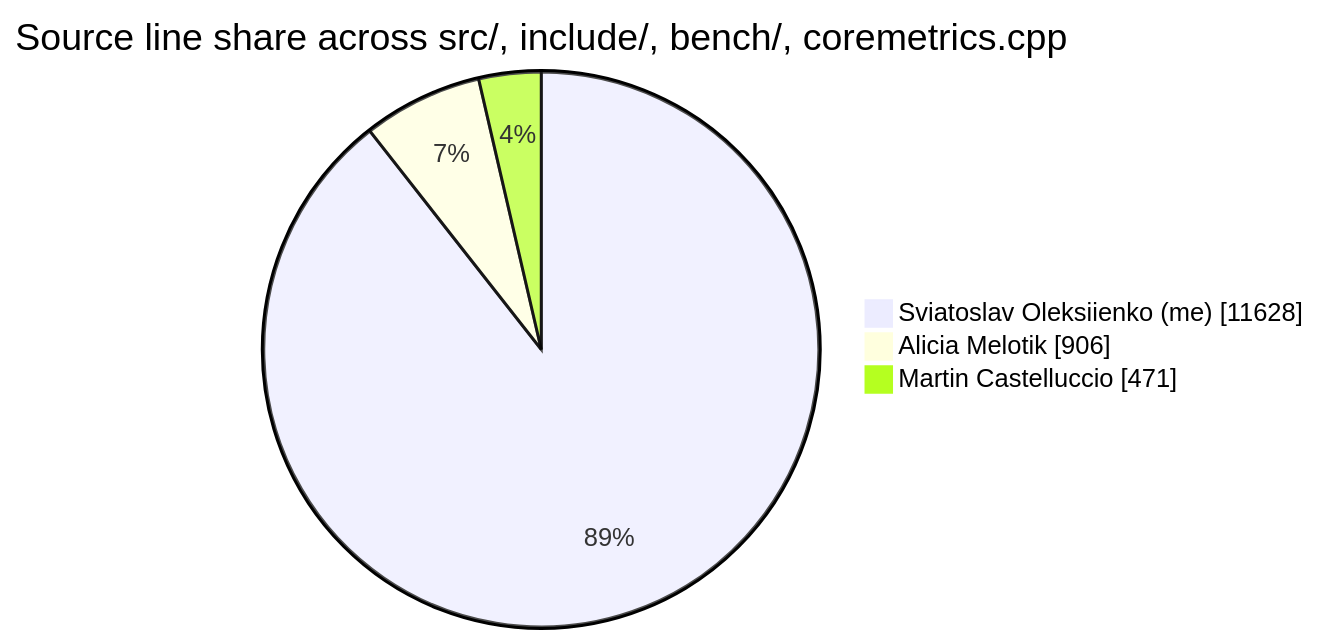
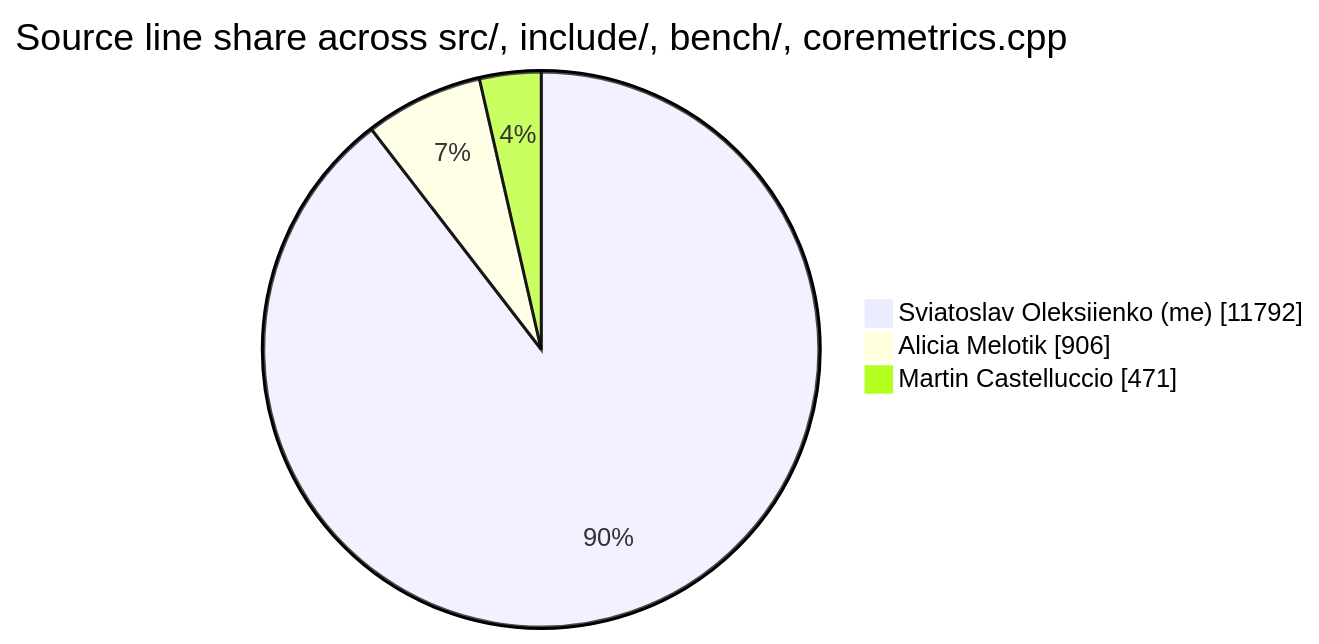
The diagram in .github/badges/contributions.md (sviatil0/coremetrics), drawn with Mermaid before and after one commit. The commit also changed other lines of this file and 2 other files, not shown here.

````diff
--- a/.github/badges/contributions.md
+++ b/.github/badges/contributions.md
@@ -11,7 +11,7 @@
 ```mermaid
 pie showData
     title Source line share across src/, include/, bench/, coremetrics.cpp
-    "Sviatoslav Oleksiienko (me)" : 11628
+    "Sviatoslav Oleksiienko (me)" : 11792
     "Alicia Melotik" : 906
     "Martin Castelluccio" : 471
 ```
````
